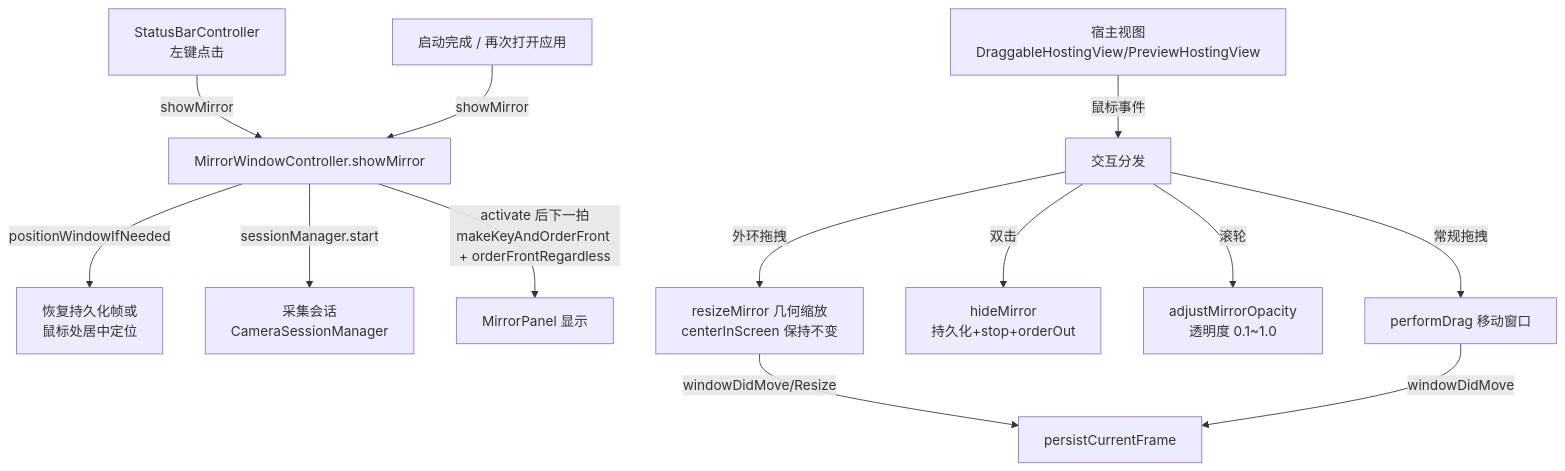
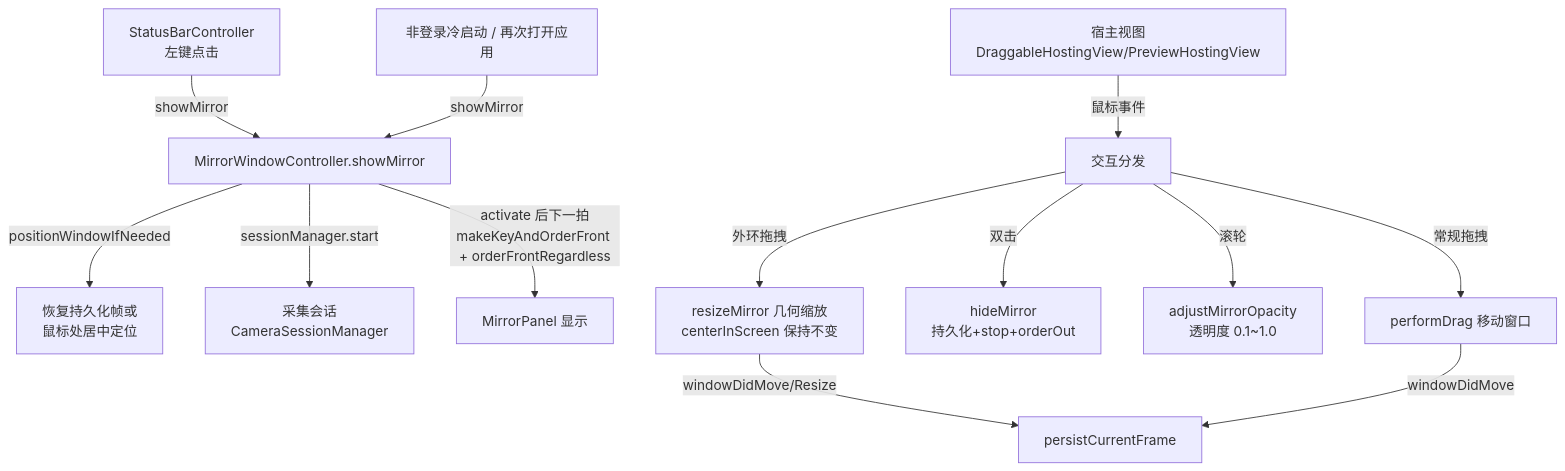
One commit to x0c/Mirror changed the first of 3 diagrams in docs/MIRROR_WINDOW_KNOWLEDGE_BASE.md. Above: the diagram before and after it, drawn with Mermaid. The commit also changed other lines of this file and 10 other files, not shown here.

First line of the commit message:
登录静默启动并禁止隐藏菜单栏图标。

````diff
--- a/docs/MIRROR_WINDOW_KNOWLEDGE_BASE.md
+++ b/docs/MIRROR_WINDOW_KNOWLEDGE_BASE.md
@@ -46,15 +46,15 @@
 ```mermaid
 graph TD
     A[StatusBarController<br/>左键点击] -->|showMirror| B[MirrorWindowController.showMirror]
-    C[启动完成 / 再次打开应用] -->|showMirror| B
+    C[非登录冷启动 / 再次打开应用] -->|showMirror| B
     B -->|positionWindowIfNeeded| D[恢复持久化帧或<br/>鼠标处居中定位]
     B -->|sessionManager.start| E[采集会话<br/>CameraSessionManager]
     B -->|activate 后下一拍<br/>makeKeyAndOrderFront + orderFrontRegardless| F[MirrorPanel 显示]
     G[宿主视图<br/>DraggableHostingView/PreviewHostingView] -->|鼠标事件| H[交互分发]
     H -->|外环拖拽| I[resizeMirror 几何缩放<br/>centerInScreen 保持不变]
     H -->|双击| J[hideMirror<br/>持久化+stop+orderOut]
     H -->|滚轮| K[adjustMirrorOpacity<br/>透明度 0.1~1.0]
     H -->|常规拖拽| L[performDrag 移动窗口]
     I -->|windowDidMove/Resize| M[persistCurrentFrame]
     L -->|windowDidMove| M
 ```
````
